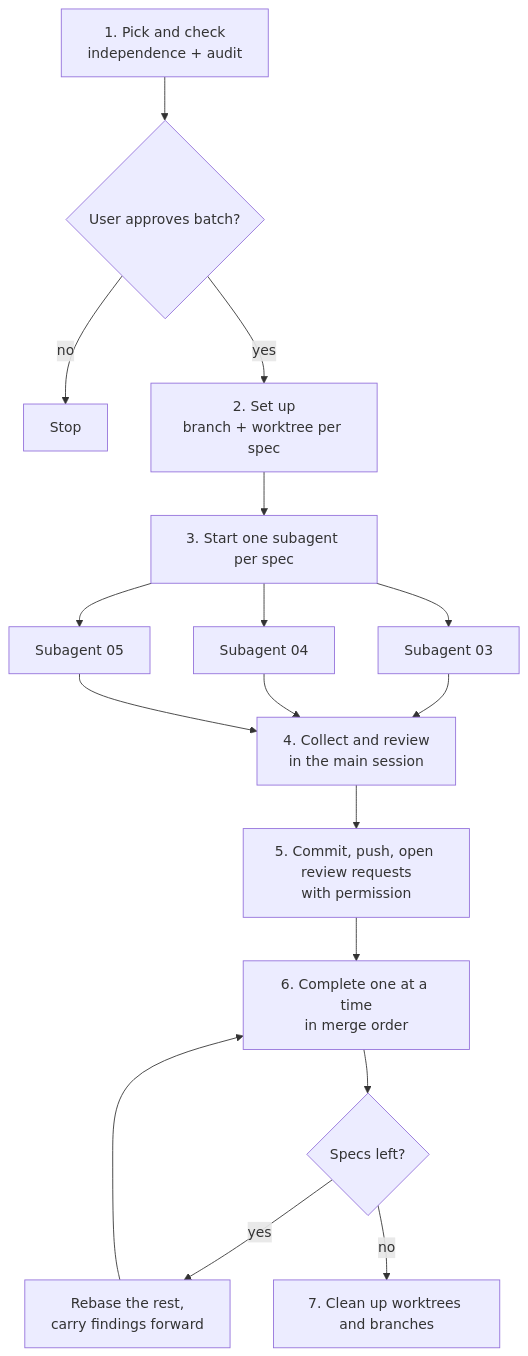
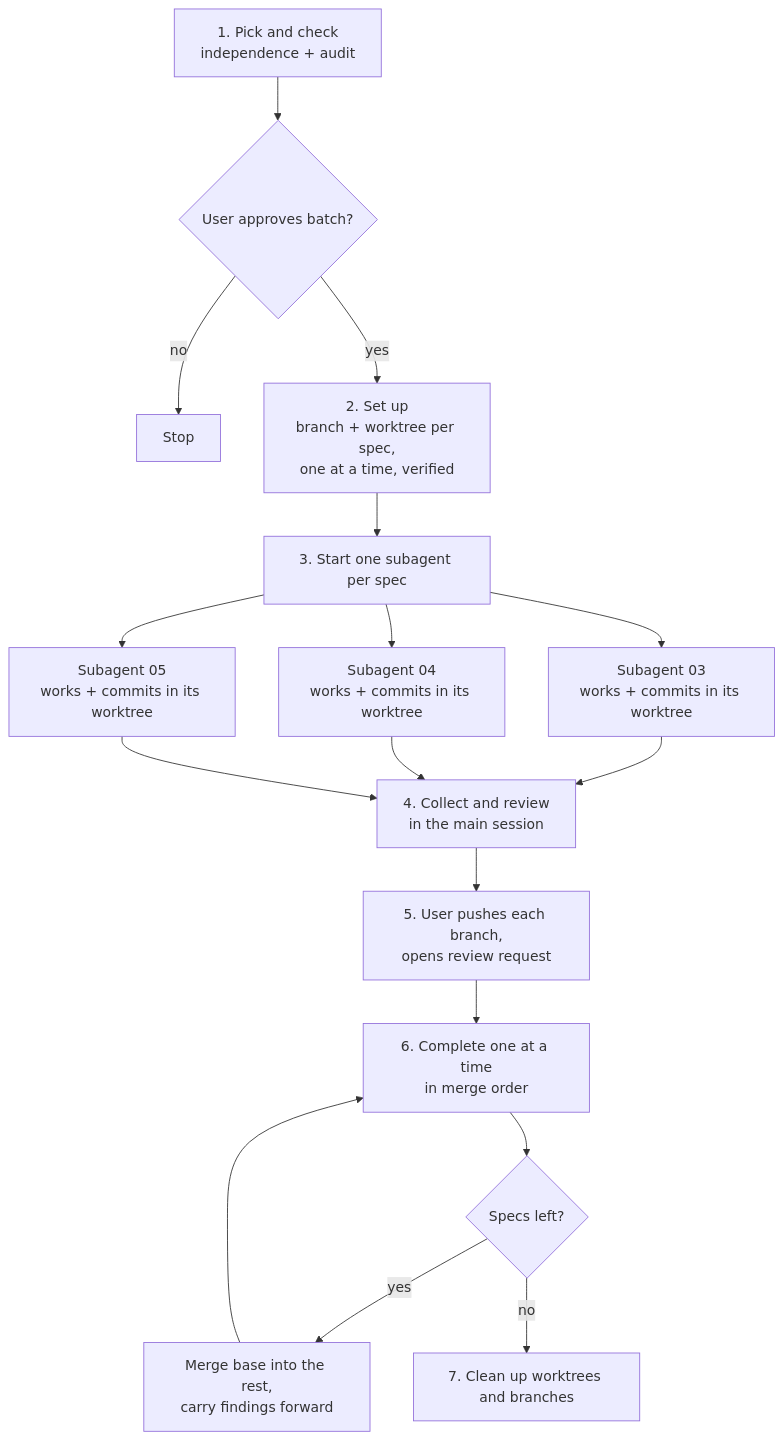
Before and after one commit to shaynemeyer/mcpherd: the second of 6 diagrams in docs/FEATURE_SKILL_PARALLEL_PLAN.md, drawn with Mermaid. The commit also changed other lines of this file and 9 other files, not shown here.

````diff
--- a/docs/FEATURE_SKILL_PARALLEL_PLAN.md
+++ b/docs/FEATURE_SKILL_PARALLEL_PLAN.md
@@ -86,19 +87,19 @@
 ```mermaid
 flowchart TD
     A["1. Pick and check<br/>independence + audit"] --> B{User approves batch?}
     B -- no --> X[Stop]
-    B -- yes --> C["2. Set up<br/>branch + worktree per spec"]
+    B -- yes --> C["2. Set up<br/>branch + worktree per spec,<br/>one at a time, verified"]
     C --> D["3. Start one subagent per spec"]
-    D --> E1[Subagent 03]
-    D --> E2[Subagent 04]
-    D --> E3[Subagent 05]
+    D --> E1["Subagent 03<br/>works + commits in its worktree"]
+    D --> E2["Subagent 04<br/>works + commits in its worktree"]
+    D --> E3["Subagent 05<br/>works + commits in its worktree"]
     E1 --> F["4. Collect and review<br/>in the main session"]
     E2 --> F
     E3 --> F
-    F --> G["5. Commit, push, open review requests<br/>with permission"]
+    F --> G["5. User pushes each branch,<br/>opens review request"]
     G --> H["6. Complete one at a time<br/>in merge order"]
     H --> I{Specs left?}
-    I -- yes --> J[Rebase the rest,<br/>carry findings forward]
+    I -- yes --> J[Merge base into the rest,<br/>carry findings forward]
     J --> H
     I -- no --> K["7. Clean up worktrees and branches"]
 ```
````
